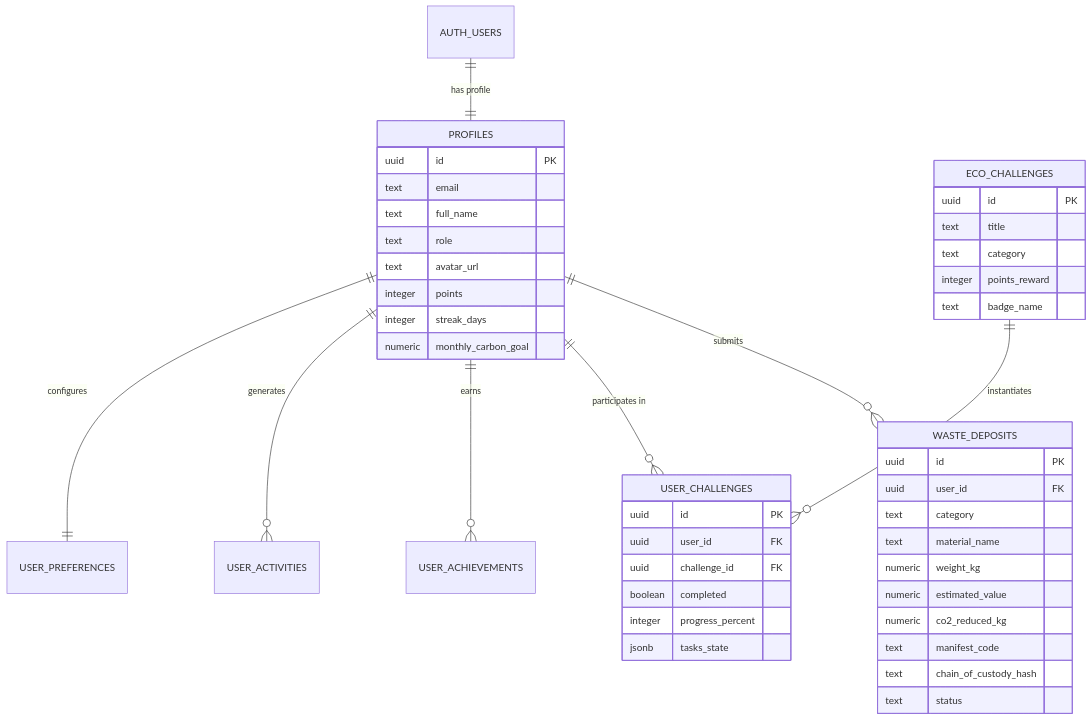
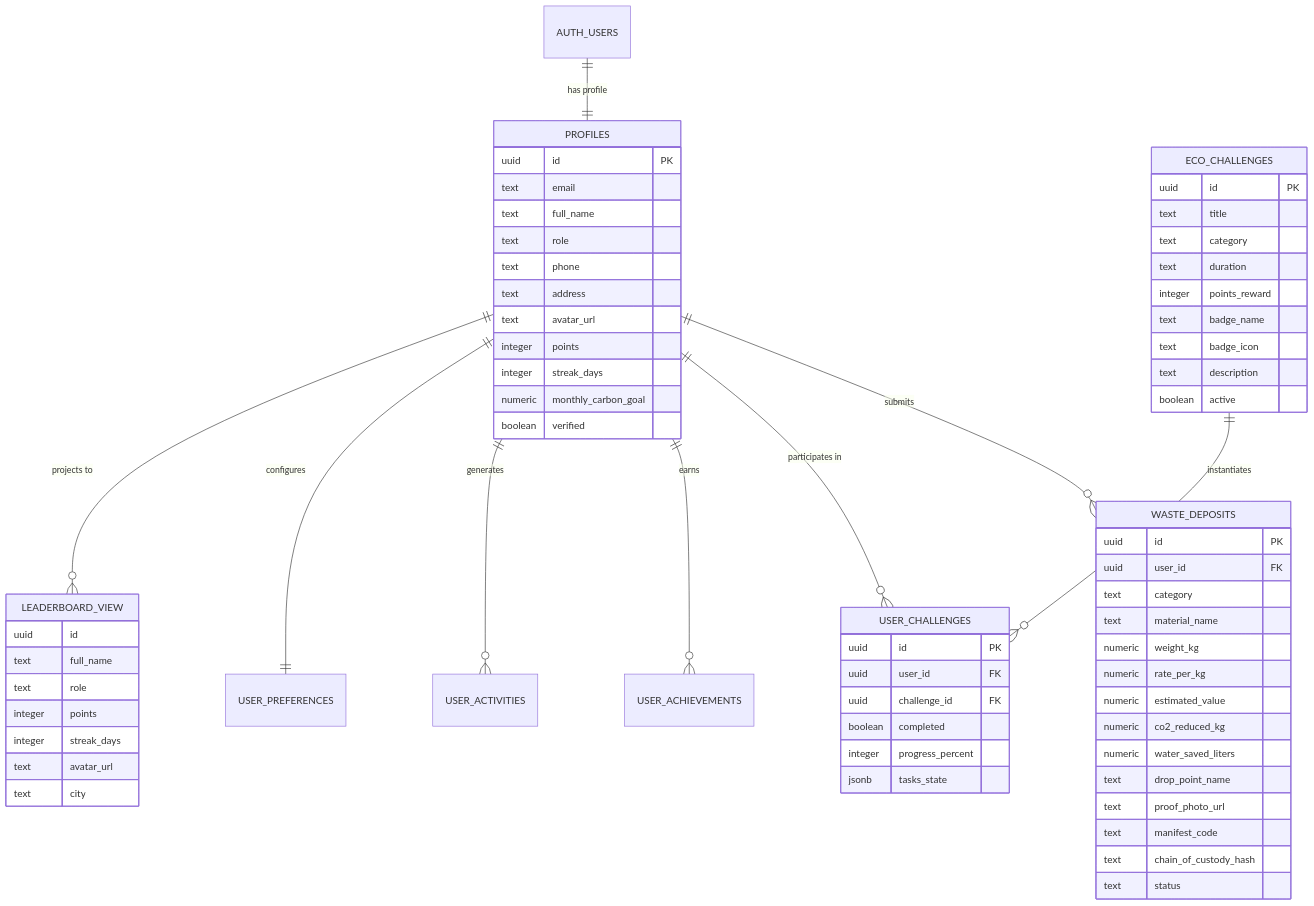
Before and after one commit to Maverick-list/ecocycle: the diagram in docs/DATABASE_SCHEMA.md, drawn with Mermaid. The commit also changed other lines of this file and 103 other files, not shown here.

````diff
--- a/docs/DATABASE_SCHEMA.md
+++ b/docs/DATABASE_SCHEMA.md
@@ -11,51 +11,73 @@
 ```mermaid
 erDiagram
     AUTH_USERS ||--|| PROFILES : "has profile"
     PROFILES ||--o{ WASTE_DEPOSITS : "submits"
     PROFILES ||--o{ USER_CHALLENGES : "participates in"
     ECO_CHALLENGES ||--o{ USER_CHALLENGES : "instantiates"
     PROFILES ||--o{ USER_ACHIEVEMENTS : "earns"
     PROFILES ||--o{ USER_ACTIVITIES : "generates"
     PROFILES ||--|| USER_PREFERENCES : "configures"
+    PROFILES ||--o{ LEADERBOARD_VIEW : "projects to"
 
     PROFILES {
         uuid id PK
         text email
         text full_name
         text role
+        text phone
+        text address
         text avatar_url
         integer points
         integer streak_days
         numeric monthly_carbon_goal
+        boolean verified
     }
 
     WASTE_DEPOSITS {
         uuid id PK
         uuid user_id FK
         text category
         text material_name
         numeric weight_kg
+        numeric rate_per_kg
         numeric estimated_value
         numeric co2_reduced_kg
+        numeric water_saved_liters
+        text drop_point_name
+        text proof_photo_url
         text manifest_code
         text chain_of_custody_hash
         text status
     }
 
     ECO_CHALLENGES {
         uuid id PK
         text title
         text category
+        text duration
         integer points_reward
         text badge_name
+        text badge_icon
+        text description
+        boolean active
     }
 
     USER_CHALLENGES {
         uuid id PK
         uuid user_id FK
         uuid challenge_id FK
         boolean completed
         integer progress_percent
         jsonb tasks_state
     }
+
+    LEADERBOARD_VIEW {
+        uuid id
+        text full_name
+        text role
+        integer points
+        integer streak_days
+        text avatar_url
+        text city
+    }
 ```
````
